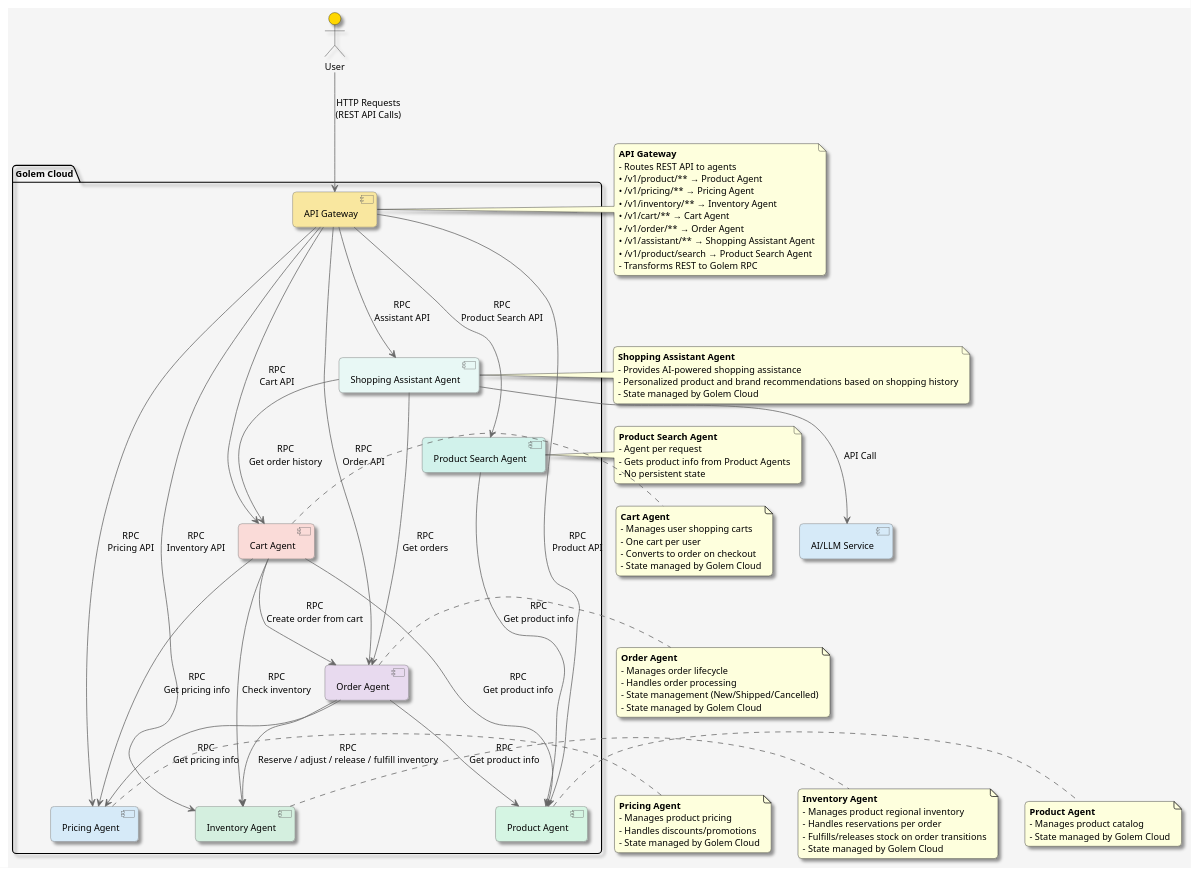
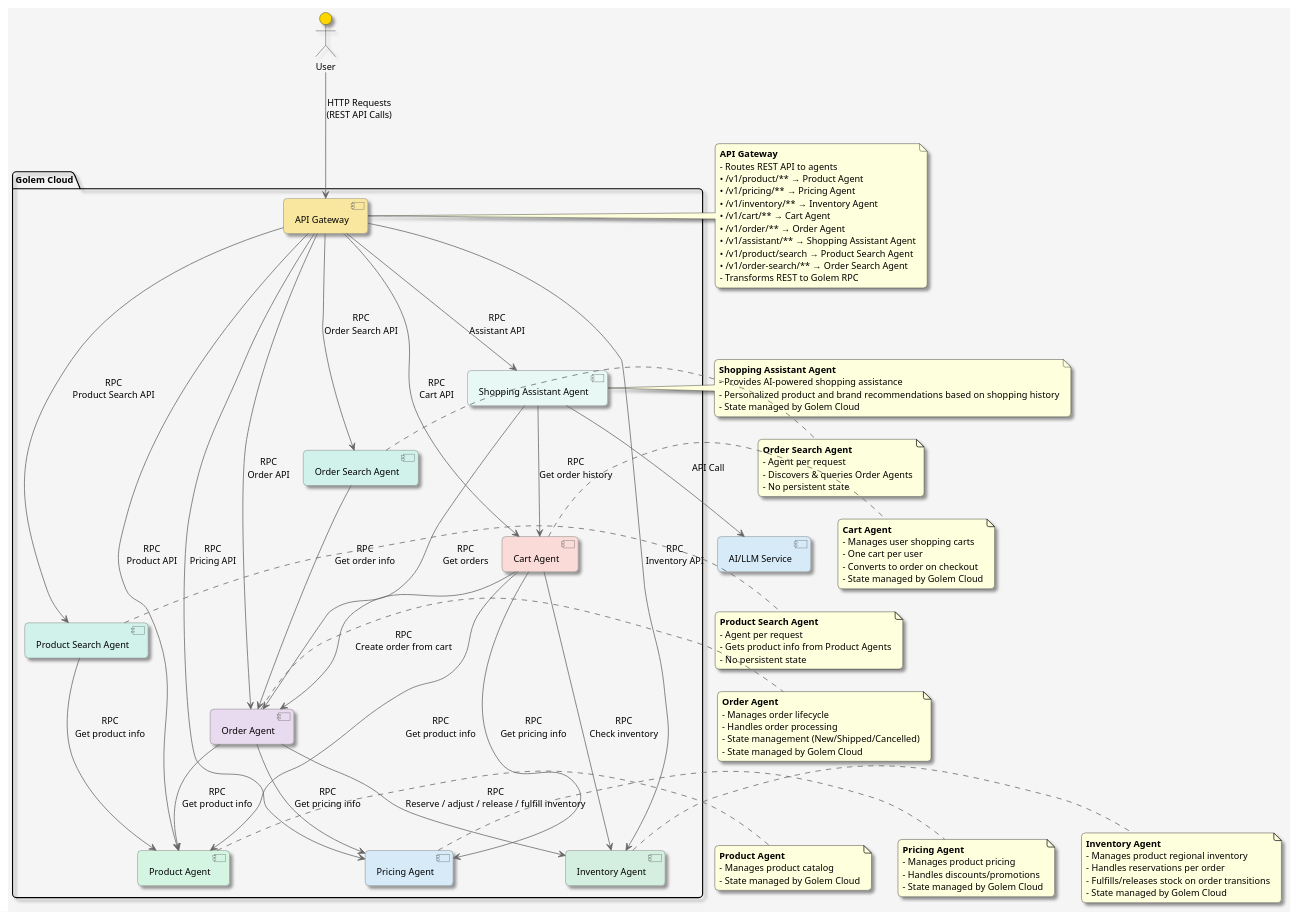
The diagram in architecture.puml (justcoon/golem-shopping-rust), drawn with PlantUML before and after one commit. The commit also changed 7 other files, not shown here.

Commit message:
order search

```diff
--- a/architecture.puml
+++ b/architecture.puml
@@ -1,124 +1,135 @@
 @startuml Golem Shopping Architecture
 
 ' Define styles
 skinparam componentStyle uml2
 skinparam backgroundColor #F5F5F5
 skinparam defaultFontName Arial
 skinparam defaultFontSize 12
 skinparam roundcorner 10
 skinparam shadowing true
 skinparam ArrowColor #666666
 skinparam ComponentBackgroundColor #E8E8E8
 skinparam ComponentBorderColor #666666
 
 ' Define components
 actor "User" as user #FFD700
 
 package "Golem Cloud" {
     [API Gateway] as gateway #F9E79F
     [Product Agent] as product #D5F5E3
     [Pricing Agent] as pricing #D6EAF8
     [Inventory Agent] as inventory #D4EFDF
     [Cart Agent] as cart #FADBD8
     [Order Agent] as order #E8DAEF
     [Product Search Agent] as product_search #D1F2EB
+    [Order Search Agent] as order_search #D1F2EB
     [Shopping Assistant Agent] as assistant #E8F8F5
 }
 
 ' Define relationships
 user --> gateway : "HTTP Requests\n(REST API Calls)"
 
 gateway --> product : "RPC\nProduct API"
 gateway --> pricing : "RPC\nPricing API"
 gateway --> inventory : "RPC\nInventory API"
 gateway --> cart : "RPC\nCart API"
 gateway --> order : "RPC\nOrder API"
 gateway --> product_search : "RPC\nProduct Search API"
+gateway --> order_search : "RPC\nOrder Search API"
 gateway --> assistant : "RPC\nAssistant API"
 
 ' Agent-to-agent communication
 cart --> product : "RPC\nGet product info"
 cart --> pricing : "RPC\nGet pricing info"
 cart --> inventory : "RPC\nCheck inventory"
 cart --> order : "RPC\nCreate order from cart"
 order --> product : "RPC\nGet product info"
 order --> pricing : "RPC\nGet pricing info"
 order --> inventory : "RPC\nReserve / adjust / release / fulfill inventory"
 product_search --> product : "RPC\nGet product info"
+order_search --> order : "RPC\nGet order info"
 
 ' Shopping Assistant relationships
 assistant --> cart : "RPC\nGet order history"
 assistant --> order : "RPC\nGet orders"
 
 ' Add notes
 note right of gateway
   <b>API Gateway</b>
   - Routes REST API to agents
   • /v1/product/** → Product Agent
   • /v1/pricing/** → Pricing Agent
   • /v1/inventory/** → Inventory Agent
   • /v1/cart/** → Cart Agent
   • /v1/order/** → Order Agent
   • /v1/assistant/** → Shopping Assistant Agent
   • /v1/product/search → Product Search Agent
+  • /v1/order-search/** → Order Search Agent
   - Transforms REST to Golem RPC
 end note
 
 note right of product
   <b>Product Agent</b>
   - Manages product catalog
   - State managed by Golem Cloud
 end note
 
 note right of pricing
   <b>Pricing Agent</b>
   - Manages product pricing
   - Handles discounts/promotions
   - State managed by Golem Cloud
 end note
 
 note right of inventory
   <b>Inventory Agent</b>
   - Manages product regional inventory
   - Handles reservations per order
   - Fulfills/releases stock on order transitions
   - State managed by Golem Cloud
 end note
 
 note right of cart
   <b>Cart Agent</b>
   - Manages user shopping carts
   - One cart per user
   - Converts to order on checkout
   - State managed by Golem Cloud
 end note
 
 note right of order
   <b>Order Agent</b>
   - Manages order lifecycle
   - Handles order processing
   - State management (New/Shipped/Cancelled)
   - State managed by Golem Cloud
 end note
 
 note right of product_search
   <b>Product Search Agent</b>
   - Agent per request
   - Gets product info from Product Agents
   - No persistent state
 end note
 
+note right of order_search
+  <b>Order Search Agent</b>
+  - Agent per request
+  - Discovers & queries Order Agents
+  - No persistent state
+end note
+
 ' External Services
 [AI/LLM Service] as llm #D6EAF8
 
 ' Connect LLM to Shopping Assistant
 assistant --> llm : "API Call"
 
 note right of assistant
   <b>Shopping Assistant Agent</b>
   - Provides AI-powered shopping assistance
   - Personalized product and brand recommendations based on shopping history
   - State managed by Golem Cloud
 end note
 
 @enduml
```
